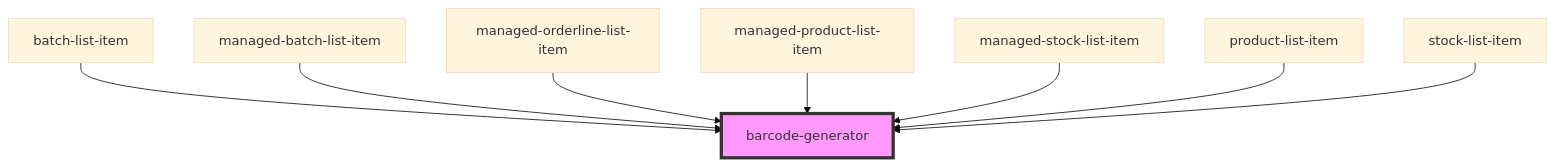
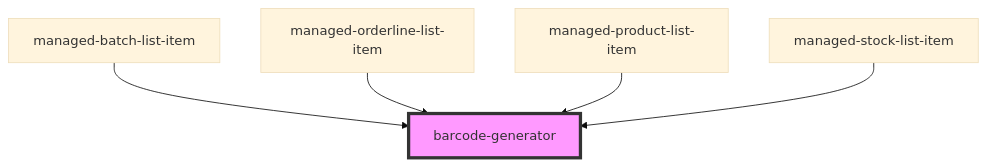
The diagram in pdm-web-components/src/components/barcode-generator/readme.md (PharmaLedger-IMI/fgt-workspace), drawn with Mermaid (base theme) before and after one commit. The commit also changed other lines of this file and 33 other files, not shown here.

````diff
--- a/pdm-web-components/src/components/barcode-generator/readme.md
+++ b/pdm-web-components/src/components/barcode-generator/readme.md
@@ -33,11 +30,8 @@
 ```mermaid
 graph TD;
-  batch-list-item --> barcode-generator
   managed-batch-list-item --> barcode-generator
   managed-orderline-list-item --> barcode-generator
   managed-product-list-item --> barcode-generator
   managed-stock-list-item --> barcode-generator
-  product-list-item --> barcode-generator
-  stock-list-item --> barcode-generator
   style barcode-generator fill:#f9f,stroke:#333,stroke-width:4px
 ```
````
